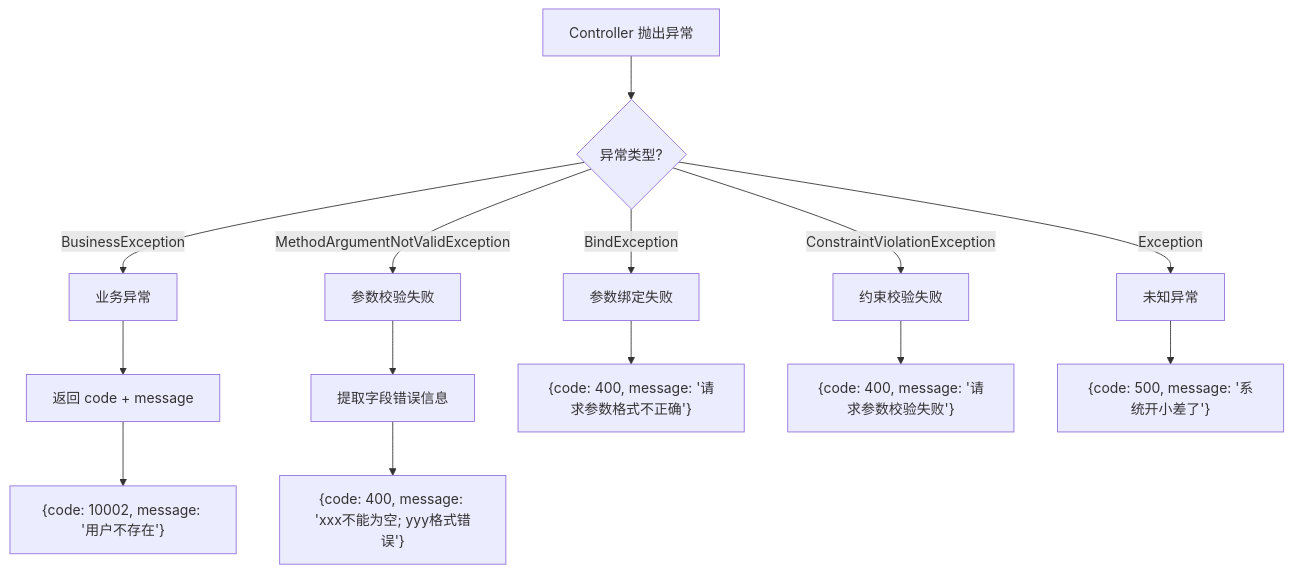
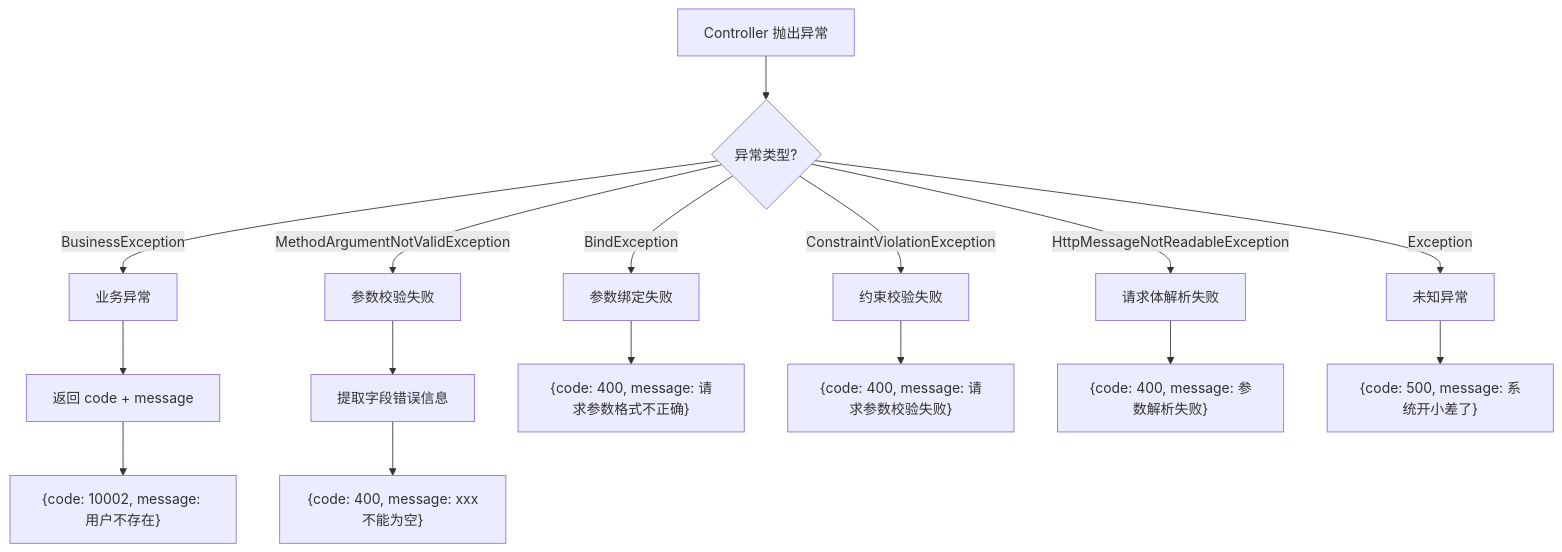
The second of 45 diagrams in docs/tutorial.md (Smithhss/YanQue-Admin), drawn with Mermaid before and after one commit. The commit also changed other lines of this file, not shown here.

First line of the commit message:
docs: 第 3 章精简 - 删除代码块，保留表格和流程图

````diff
--- a/docs/tutorial.md
+++ b/docs/tutorial.md
@@ -1197,21 +1125,24 @@
 ```mermaid
 flowchart TD
     A[Controller 抛出异常] --> B{异常类型?}
 
     B -- BusinessException --> C[业务异常]
     C --> D[返回 code + message]
-    D --> E["{code: 10002, message: '用户不存在'}"]
+    D --> E["{code: 10002, message: 用户不存在}"]
 
     B -- MethodArgumentNotValidException --> F[参数校验失败]
     F --> G[提取字段错误信息]
-    G --> H["{code: 400, message: 'xxx不能为空; yyy格式错误'}"]
+    G --> H["{code: 400, message: xxx不能为空}"]
 
     B -- BindException --> I[参数绑定失败]
-    I --> J["{code: 400, message: '请求参数格式不正确'}"]
+    I --> J["{code: 400, message: 请求参数格式不正确}"]
 
     B -- ConstraintViolationException --> K[约束校验失败]
-    K --> L["{code: 400, message: '请求参数校验失败'}"]
+    K --> L["{code: 400, message: 请求参数校验失败}"]
+
+    B -- HttpMessageNotReadableException --> N[请求体解析失败]
+    N --> O["{code: 400, message: 参数解析失败}"]
 
     B -- Exception --> M[未知异常]
-    M --> N["{code: 500, message: '系统开小差了'}"]
+    M --> P["{code: 500, message: 系统开小差了}"]
 ```
````
